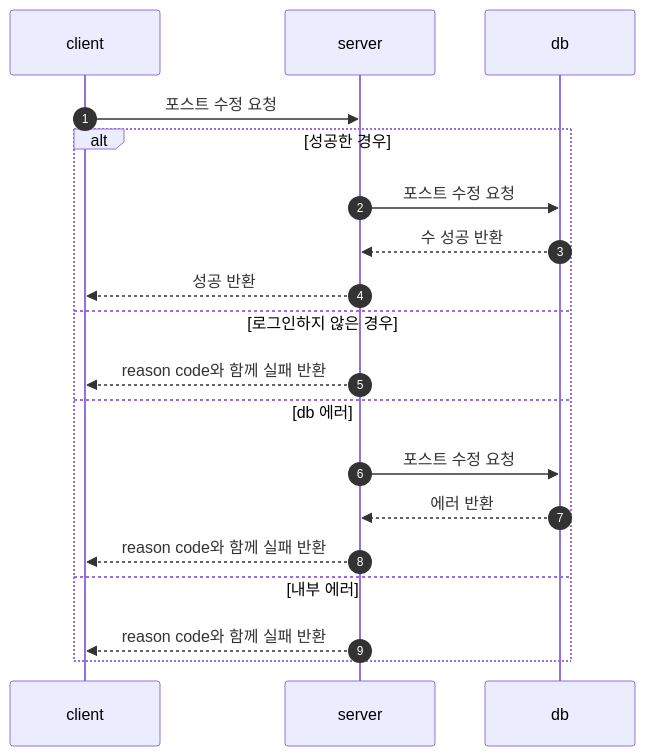
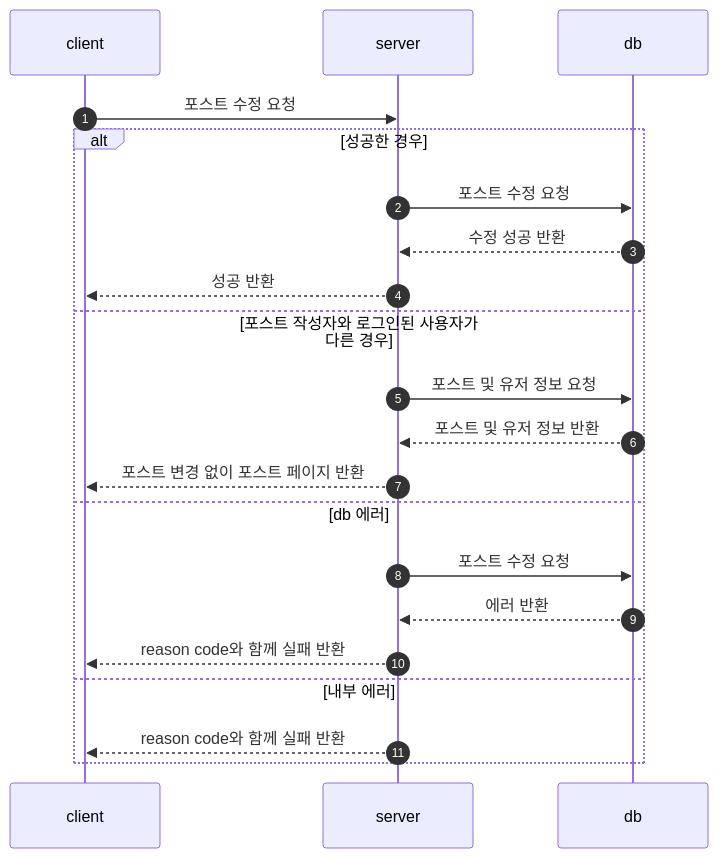
One commit to ellaCoo/sns changed the fourth of 10 diagrams in README.md. Above: the diagram before and after it, drawn with Mermaid. The commit also changed other lines of this file, not shown here.

````diff
--- a/README.md
+++ b/README.md
@@ -80,18 +66,20 @@
 ```mermaid
   sequenceDiagram
     autonumber
     client ->> server: 포스트 수정 요청
     alt 성공한 경우 
     server ->> db : 포스트 수정 요청
-    db -->> server : 수 성공 반환
+    db -->> server : 수정 성공 반환
     server -->> client: 성공 반환
-    else 로그인하지 않은 경우
-    server -->> client: reason code와 함께 실패 반환
+    else 포스트 작성자와 로그인된 사용자가 다른 경우
+    server ->> db : 포스트 및 유저 정보 요청
+    db -->> server : 포스트 및 유저 정보 반환
+    server -->> client: 포스트 변경 없이 포스트 페이지 반환
     else db 에러
     server ->> db : 포스트 수정 요청
     db -->> server : 에러 반환
     server -->> client: reason code와 함께 실패 반환
     else 내부 에러
     server -->> client: reason code와 함께 실패 반환
     end
 ```
````
